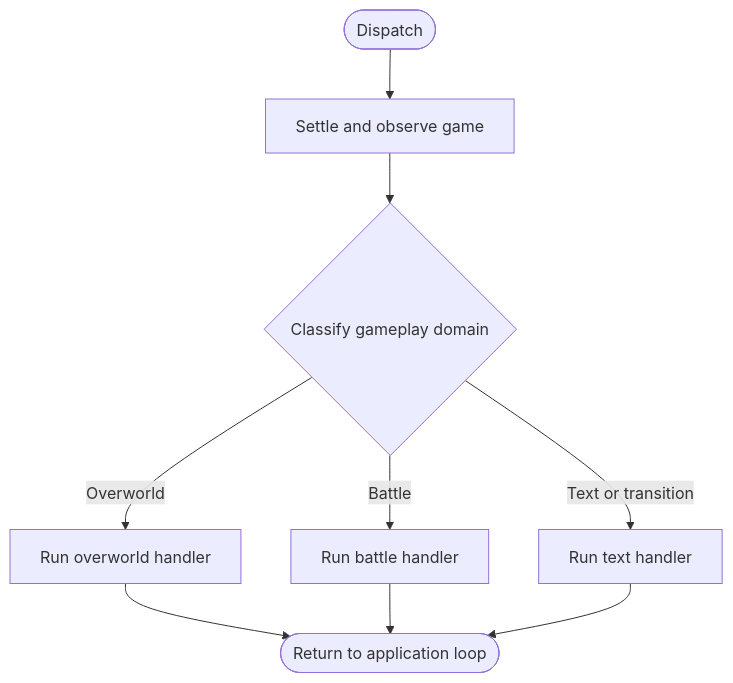
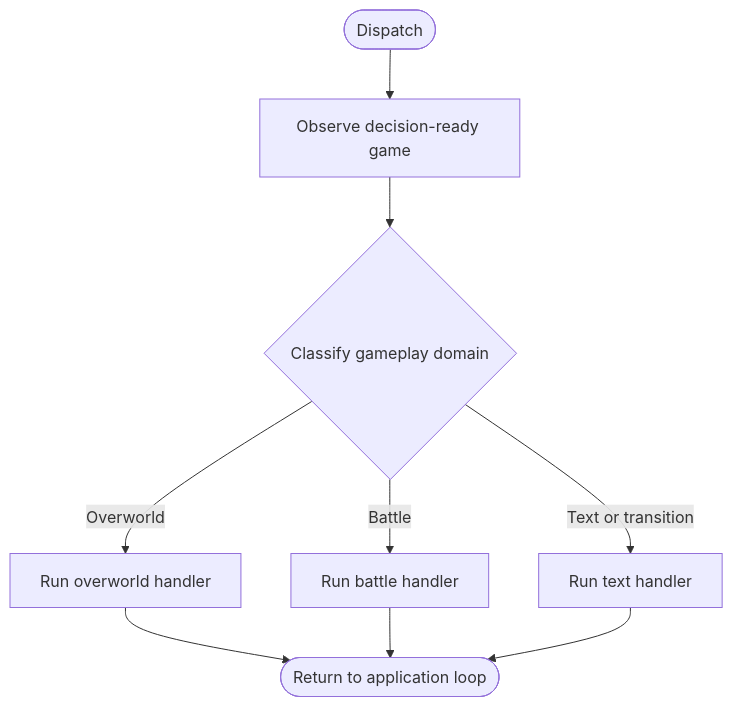
One commit to clambro/ai-plays-pokemon changed the first of 4 diagrams in docs/workflow.md. Above: the diagram before and after it, drawn with Mermaid. The commit also changed other lines of this file and 43 other files, not shown here.

````diff
--- a/docs/workflow.md
+++ b/docs/workflow.md
@@ -11,11 +11,11 @@
 ```mermaid
 flowchart TD
-    dispatch([Dispatch]) --> settle[Settle and observe game]
-    settle --> classify{Classify gameplay domain}
+    dispatch([Dispatch]) --> observe[Observe decision-ready game]
+    observe --> classify{Classify gameplay domain}
     classify -->|Overworld| overworld[Run overworld handler]
     classify -->|Battle| battle[Run battle handler]
     classify -->|Text or transition| text[Run text handler]
     overworld --> return([Return to application loop])
     battle --> return
     text --> return
 ```
````
